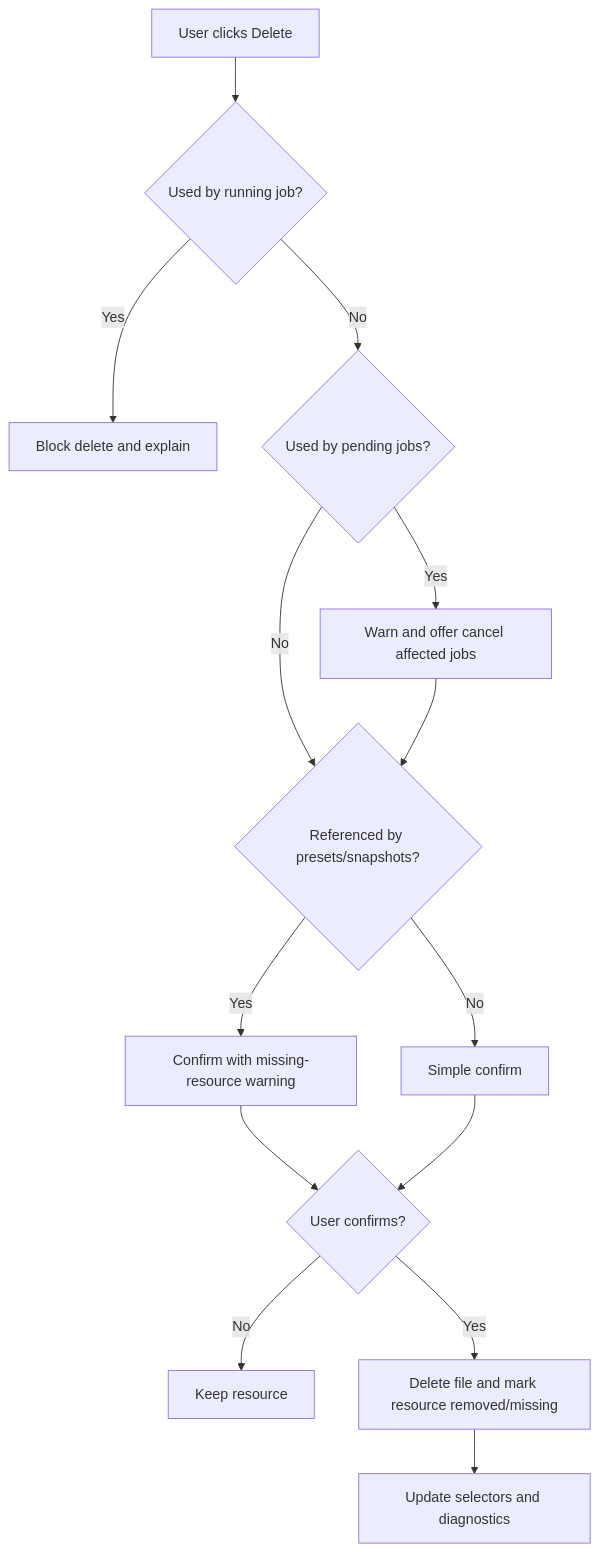
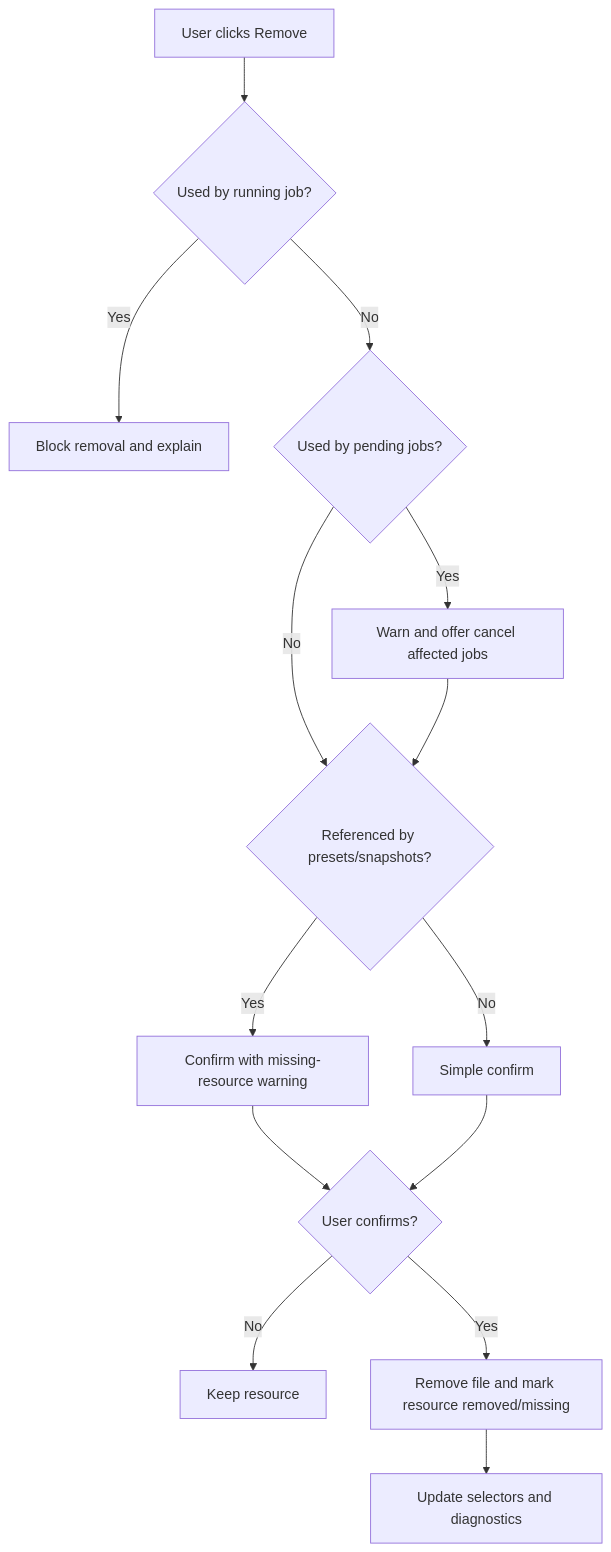
The fifth of 7 diagrams in docs/features/model-manager.md (BMFreed/imagegen-studio), drawn with Mermaid before and after one commit. The commit also changed other lines of this file and 1 other file, not shown here.

````diff
--- a/docs/features/model-manager.md
+++ b/docs/features/model-manager.md
@@ -466,16 +511,16 @@
 ```mermaid
 flowchart TD
-  A["User clicks Delete"] --> B{"Used by running job?"}
-  B -- "Yes" --> C["Block delete and explain"]
+  A["User clicks Remove"] --> B{"Used by running job?"}
+  B -- "Yes" --> C["Block removal and explain"]
   B -- "No" --> D{"Used by pending jobs?"}
   D -- "Yes" --> E["Warn and offer cancel affected jobs"]
   D -- "No" --> F{"Referenced by presets/snapshots?"}
   E --> F
   F -- "Yes" --> G["Confirm with missing-resource warning"]
   F -- "No" --> H["Simple confirm"]
   G --> I{"User confirms?"}
   H --> I
   I -- "No" --> J["Keep resource"]
-  I -- "Yes" --> K["Delete file and mark resource removed/missing"]
+  I -- "Yes" --> K["Remove file and mark resource removed/missing"]
   K --> L["Update selectors and diagnostics"]
 ```
````
